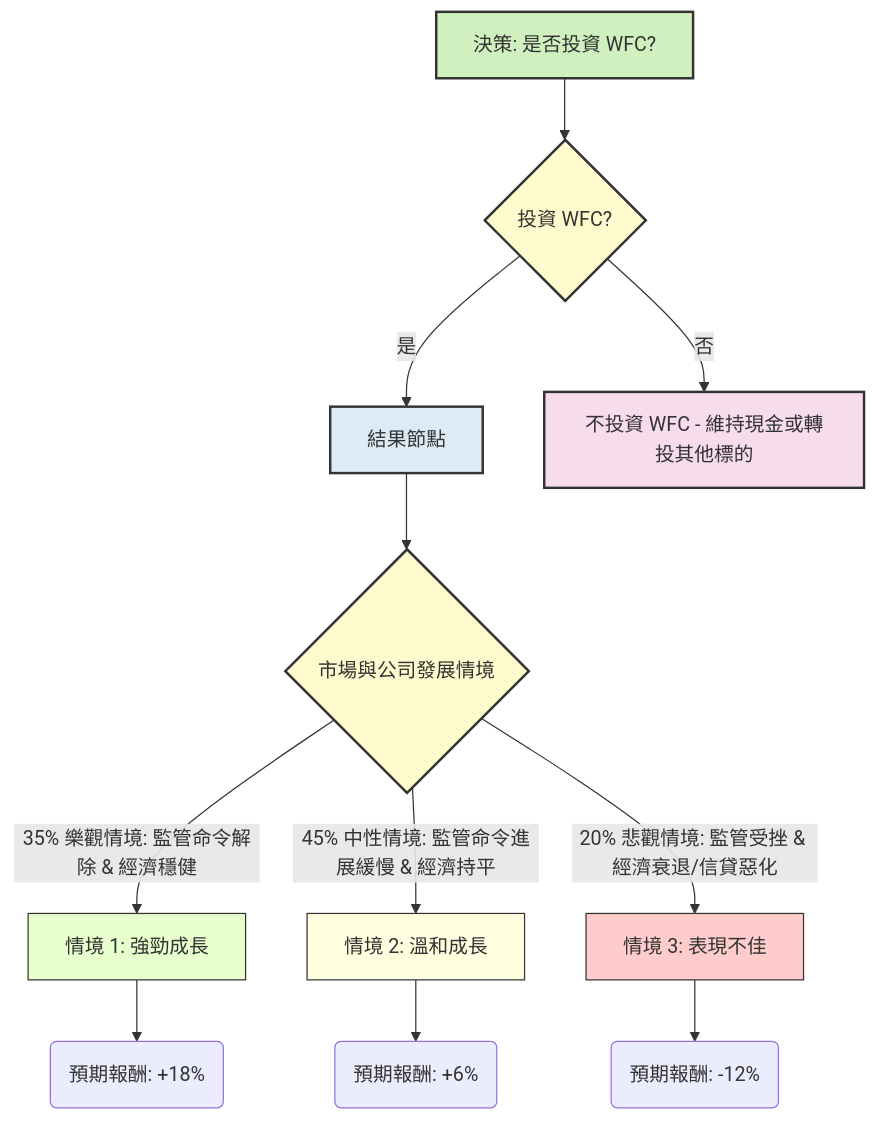
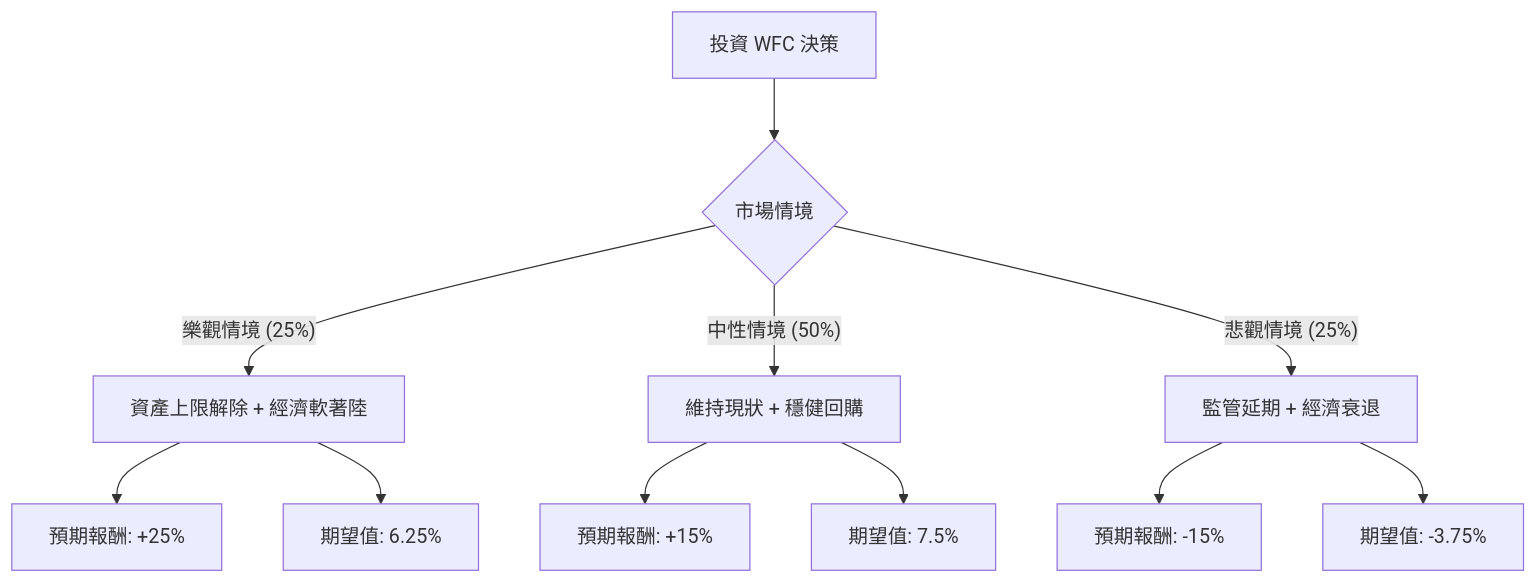
One commit to zmcx16/zmcx16.github.io changed the diagram in plugin-react/ai-analysis/ev-analysis/WFC.md. Above: the diagram before and after it, drawn with Mermaid. The commit also changed other lines of this file and 74 other files, not shown here.

````diff
--- a/plugin-react/ai-analysis/ev-analysis/WFC.md
+++ b/plugin-react/ai-analysis/ev-analysis/WFC.md
@@ -38,26 +21,16 @@
 ```mermaid
 graph TD
-    A[決策: 是否投資 WFC?] --> B{投資 WFC?}
+    A[投資 WFC 決策] --> B{市場情境}
+    
+    B -- 樂觀情境 (25%) --> C[資產上限解除 + 經濟軟著陸]
+    C --> C1[預期報酬: +25%]
+    C --> C2[期望值: 6.25%]
 
-    B -- 是 --> C[結果節點]
-    B -- 否 --> D[不投資 WFC - 維持現金或轉投其他標的]
+    B -- 中性情境 (50%) --> D[維持現狀 + 穩健回購]
+    D --> D1[預期報酬: +15%]
+    D --> D2[期望值: 7.5%]
 
-    C --> E{市場與公司發展情境}
-
-    E -- 35% 樂觀情境: 監管命令解除 & 經濟穩健 --> F[情境 1: 強勁成長]
-    E -- 45% 中性情境: 監管命令進展緩慢 & 經濟持平 --> G[情境 2: 溫和成長]
-    E -- 20% 悲觀情境: 監管受挫 & 經濟衰退/信貸惡化 --> H[情境 3: 表現不佳]
-
-    F --> F1(預期報酬: +18%)
-    G --> G1(預期報酬: +6%)
-    H --> H1(預期報酬: -12%)
-
-    style A fill:#D0F0C0,stroke:#333,stroke-width:2px
-    style B fill:#FFFACD,stroke:#333,stroke-width:2px
-    style C fill:#DDEBF7,stroke:#333,stroke-width:2px
-    style D fill:#F7DDEB,stroke:#333,stroke-width:2px
-    style E fill:#FFFACD,stroke:#333,stroke-width:2px
-    style F fill:#E6FFCC,stroke:#333,stroke-width:1px
-    style G fill:#FFFFE0,stroke:#333,stroke-width:1px
-    style H fill:#FFCCCC,stroke:#333,stroke-width:1px
+    B -- 悲觀情境 (25%) --> E[監管延期 + 經濟衰退]
+    E --> E1[預期報酬: -15%]
+    E --> E2[期望值: -3.75%]
 ```
````
